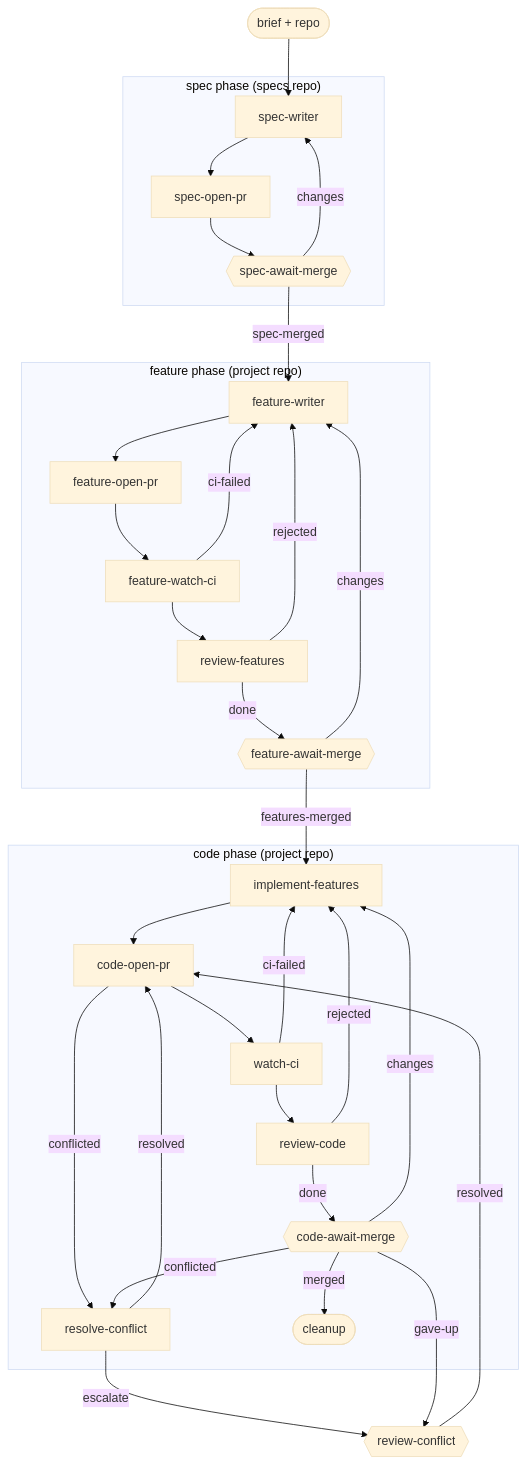
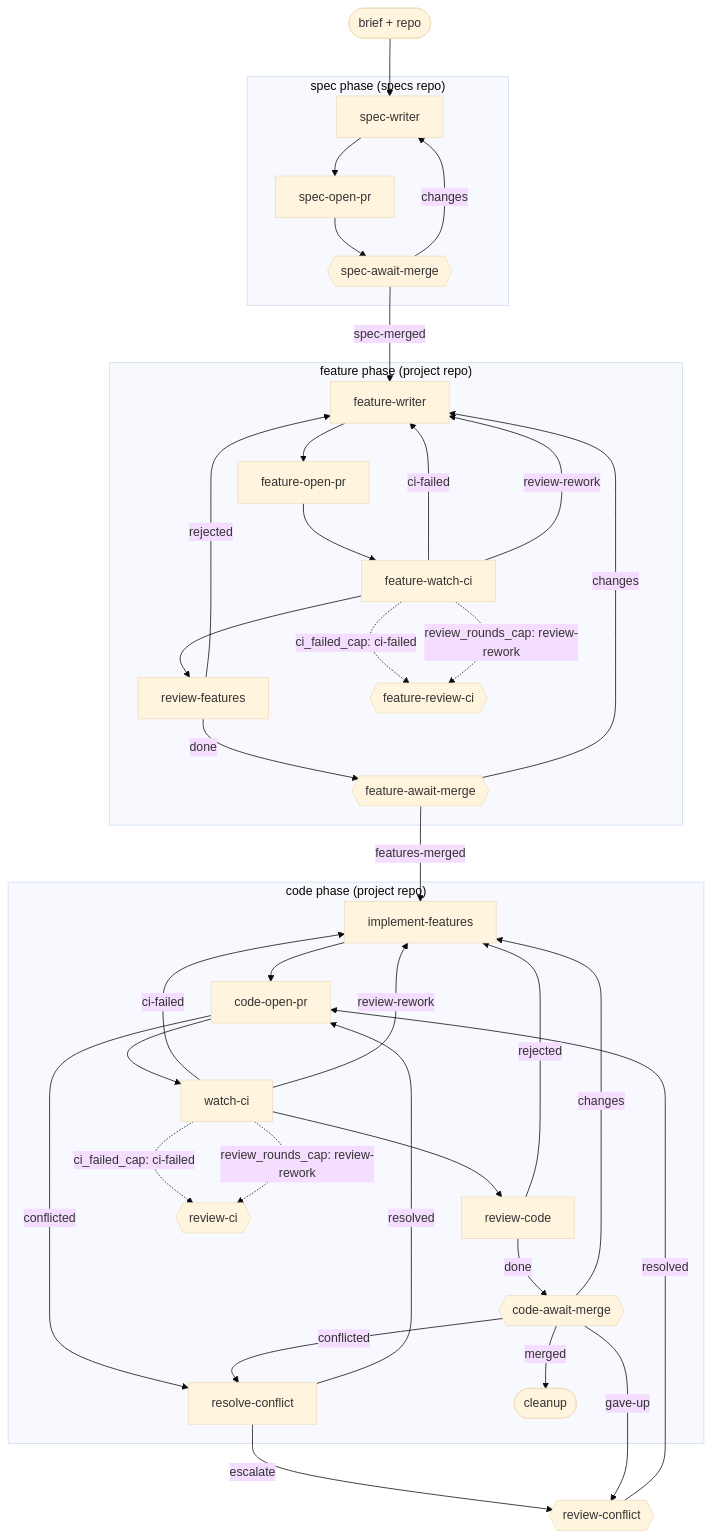
Before and after one commit to kenmclennan/lightcycle-workflows: the diagram in docs/bdd-driven.md, drawn with Mermaid (base theme). The commit also changed other lines of this file and 10 other files, not shown here.

First line of the commit message:
feat(steps): give watch-ci a review-rework outcome with its own cap (#223)

````diff
--- a/docs/bdd-driven.md
+++ b/docs/bdd-driven.md
@@ -15,31 +15,37 @@
 ```mermaid
 flowchart TD
     brief(["brief + repo"]) --> SW["spec-writer"]
     subgraph S ["spec phase (specs repo)"]
         SW --> SOP["spec-open-pr"] --> SAM{{"spec-await-merge"}}
         SAM -->|changes| SW
     end
     SAM -->|spec-merged| FW["feature-writer"]
     subgraph F ["feature phase (project repo)"]
         FW --> FOP["feature-open-pr"] --> FWCI["feature-watch-ci"] --> RF["review-features"]
         FWCI -->|ci-failed| FW
+        FWCI -->|review-rework| FW
+        FWCI -.->|"ci_failed_cap: ci-failed"| FRCI{{"feature-review-ci"}}
+        FWCI -.->|"review_rounds_cap: review-rework"| FRCI
         RF -->|rejected| FW
         RF -->|done| FAM{{"feature-await-merge"}}
         FAM -->|changes| FW
     end
     FAM -->|features-merged| IF["implement-features"]
     subgraph C ["code phase (project repo)"]
         IF --> COP["code-open-pr"] --> WCI["watch-ci"] --> RC["review-code"]
         WCI -->|ci-failed| IF
+        WCI -->|review-rework| IF
+        WCI -.->|"ci_failed_cap: ci-failed"| RCI{{"review-ci"}}
+        WCI -.->|"review_rounds_cap: review-rework"| RCI
         RC -->|rejected| IF
         RC -->|done| CAM{{"code-await-merge"}}
         CAM -->|changes| IF
         COP -->|conflicted| RCF["resolve-conflict"]
         CAM -->|conflicted| RCF
         RCF -->|resolved| COP
         CAM -->|merged| CU(["cleanup"])
     end
     RCF -->|escalate| RCON{{"review-conflict"}}
     CAM -->|gave-up| RCON
     RCON -->|resolved| COP
 ```
````
